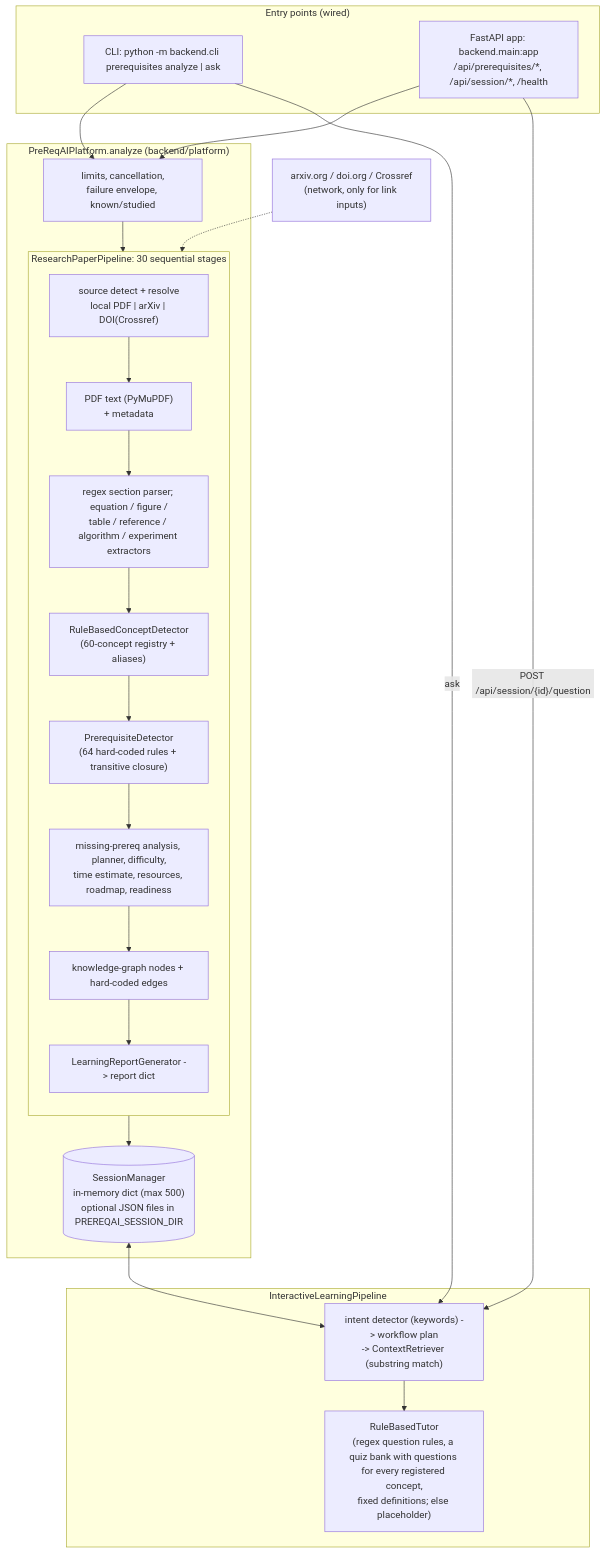
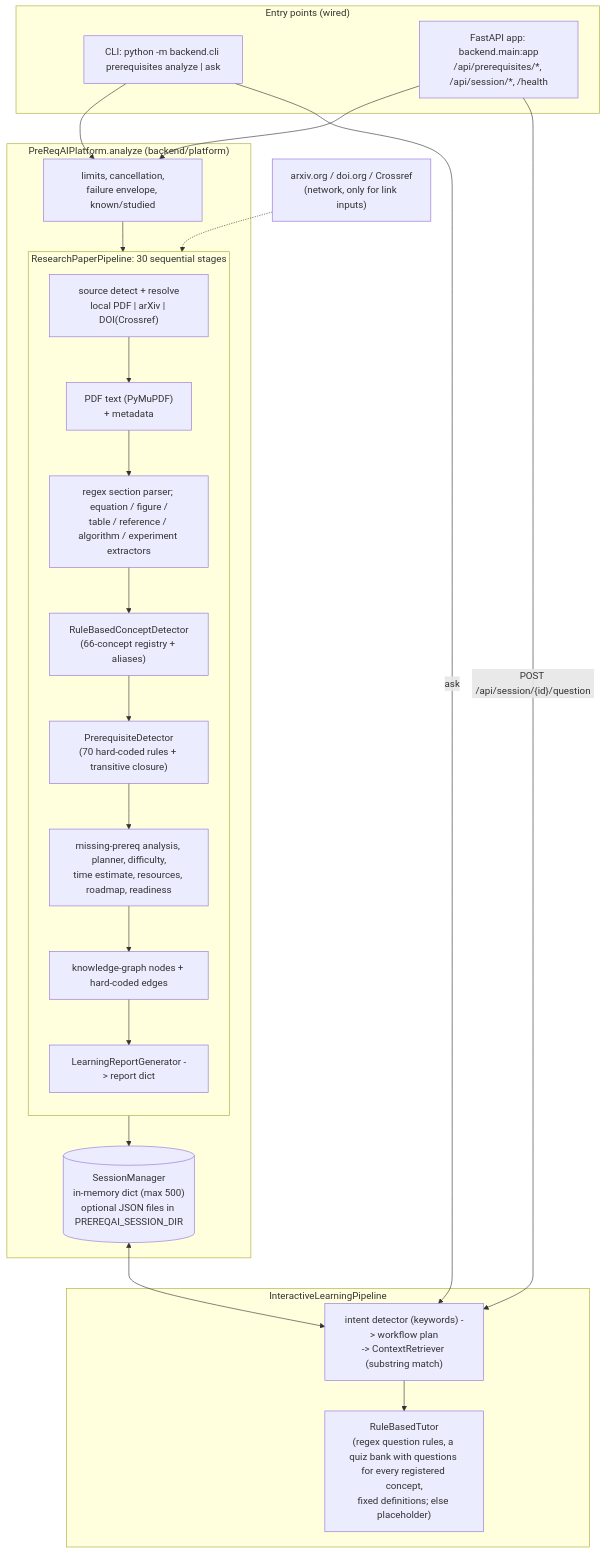
Before and after one commit to 23f2003574/PreReqAI: the first of 2 diagrams in ARCHITECTURE.md, drawn with Mermaid. The commit also changed other lines of this file and 5 other files, not shown here.

````diff
--- a/ARCHITECTURE.md
+++ b/ARCHITECTURE.md
@@ -26,40 +26,40 @@
 ```mermaid
 flowchart TD
     subgraph Entry["Entry points (wired)"]
         CLI["CLI: python -m backend.cli prerequisites analyze | ask"]
         HTTP["FastAPI app: backend.main:app<br/>/api/prerequisites/*, /api/session/*, /health"]
     end
 
     CLI --> PLAT
     HTTP --> PLAT
 
     subgraph Core["PreReqAIPlatform.analyze (backend/platform)"]
         PLAT["limits, cancellation,<br/>failure envelope, known/studied"]
         PLAT --> PIPE
         subgraph PIPE["ResearchPaperPipeline: 30 sequential stages"]
             direction TB
             S1["source detect + resolve<br/>local PDF | arXiv | DOI(Crossref)"]
             S2["PDF text (PyMuPDF)<br/>+ metadata"]
             S3["regex section parser; equation / figure /<br/>table / reference / algorithm / experiment extractors"]
-            S4["RuleBasedConceptDetector<br/>(60-concept registry + aliases)"]
-            S5["PrerequisiteDetector<br/>(64 hard-coded rules + transitive closure)"]
+            S4["RuleBasedConceptDetector<br/>(66-concept registry + aliases)"]
+            S5["PrerequisiteDetector<br/>(70 hard-coded rules + transitive closure)"]
             S6["missing-prereq analysis, planner, difficulty,<br/>time estimate, resources, roadmap, readiness"]
             S7["knowledge-graph nodes + hard-coded edges"]
             S8["LearningReportGenerator -> report dict"]
             S1 --> S2 --> S3 --> S4 --> S5 --> S6 --> S7 --> S8
         end
         PIPE --> SM
     end
 
     SM[("SessionManager<br/>in-memory dict (max 500)<br/>optional JSON files in PREREQAI_SESSION_DIR")]
 
     HTTP -->|"POST /api/session/{id}/question"| ILP
     CLI -->|"ask"| ILP
     SM <--> ILP
     subgraph Tutor["InteractiveLearningPipeline"]
         ILP["intent detector (keywords) -> workflow plan<br/>-> ContextRetriever (substring match)"]
         ILP --> RBT["RuleBasedTutor<br/>(regex question rules, a quiz bank with questions for every registered concept,<br/>fixed definitions; else placeholder)"]
     end
 
     ext1["arxiv.org / doi.org / Crossref<br/>(network, only for link inputs)"] -.-> S1
 ```
````
